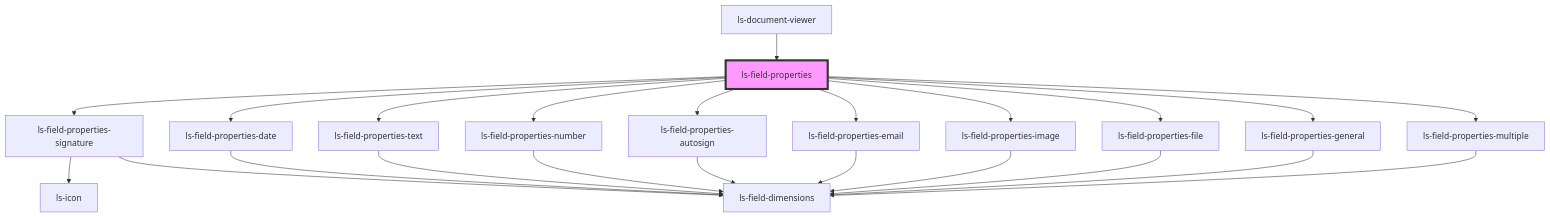
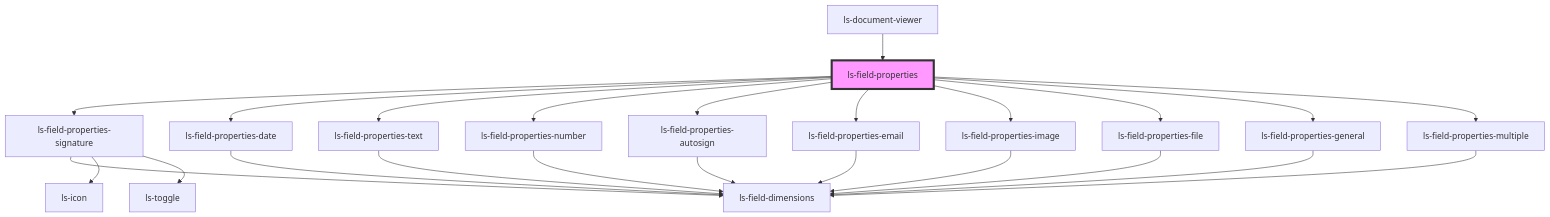
The diagram in src/components/ls-field-properties/readme.md (legalesign/ls-document-viewer), drawn with Mermaid before and after one commit. The commit also changed 8 other files, not shown here.

````diff
--- a/src/components/ls-field-properties/readme.md
+++ b/src/components/ls-field-properties/readme.md
@@ -35,26 +35,27 @@
 ```mermaid
 graph TD;
   ls-field-properties --> ls-field-properties-signature
   ls-field-properties --> ls-field-properties-date
   ls-field-properties --> ls-field-properties-text
   ls-field-properties --> ls-field-properties-number
   ls-field-properties --> ls-field-properties-autosign
   ls-field-properties --> ls-field-properties-email
   ls-field-properties --> ls-field-properties-image
   ls-field-properties --> ls-field-properties-file
   ls-field-properties --> ls-field-properties-general
   ls-field-properties --> ls-field-properties-multiple
+  ls-field-properties-signature --> ls-field-dimensions
   ls-field-properties-signature --> ls-icon
-  ls-field-properties-signature --> ls-field-dimensions
+  ls-field-properties-signature --> ls-toggle
   ls-field-properties-date --> ls-field-dimensions
   ls-field-properties-text --> ls-field-dimensions
   ls-field-properties-number --> ls-field-dimensions
   ls-field-properties-autosign --> ls-field-dimensions
   ls-field-properties-email --> ls-field-dimensions
   ls-field-properties-image --> ls-field-dimensions
   ls-field-properties-file --> ls-field-dimensions
   ls-field-properties-general --> ls-field-dimensions
   ls-field-properties-multiple --> ls-field-dimensions
   ls-document-viewer --> ls-field-properties
   style ls-field-properties fill:#f9f,stroke:#333,stroke-width:4px
 ```
````
